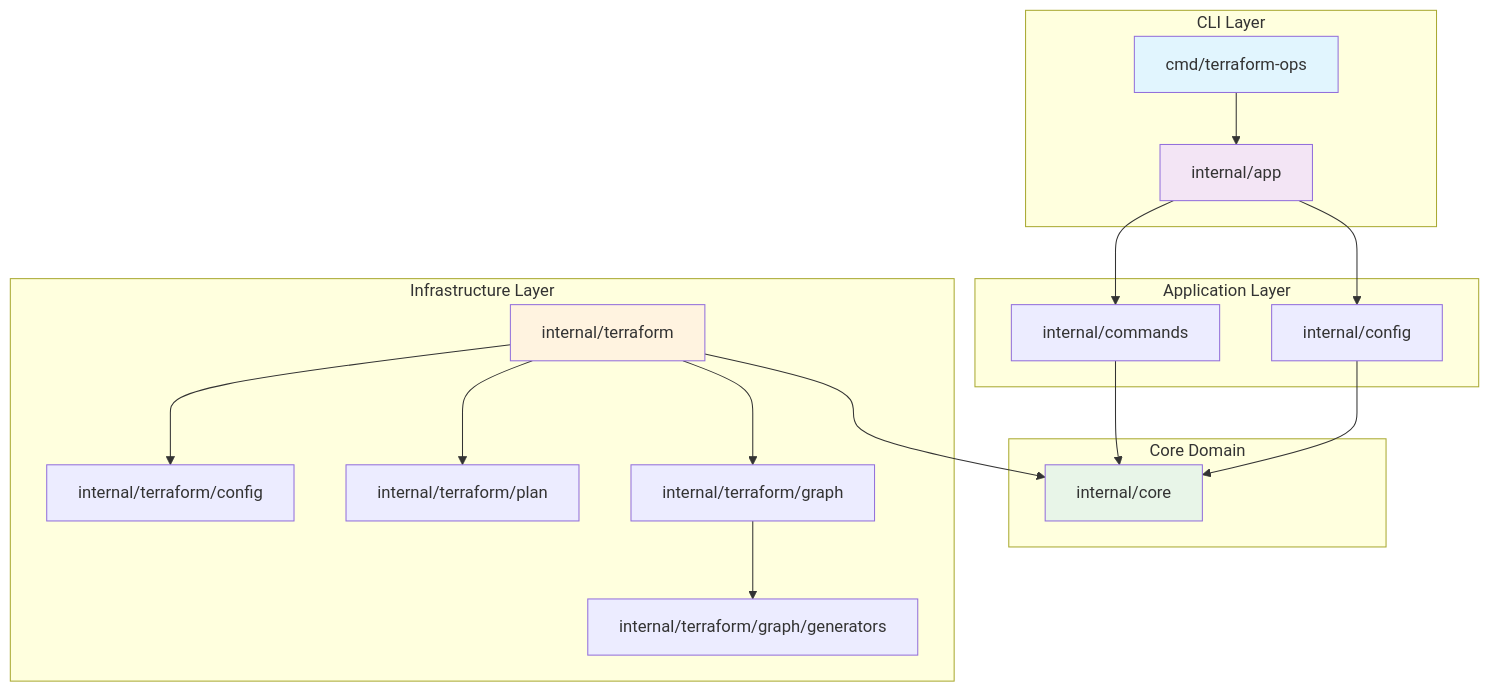
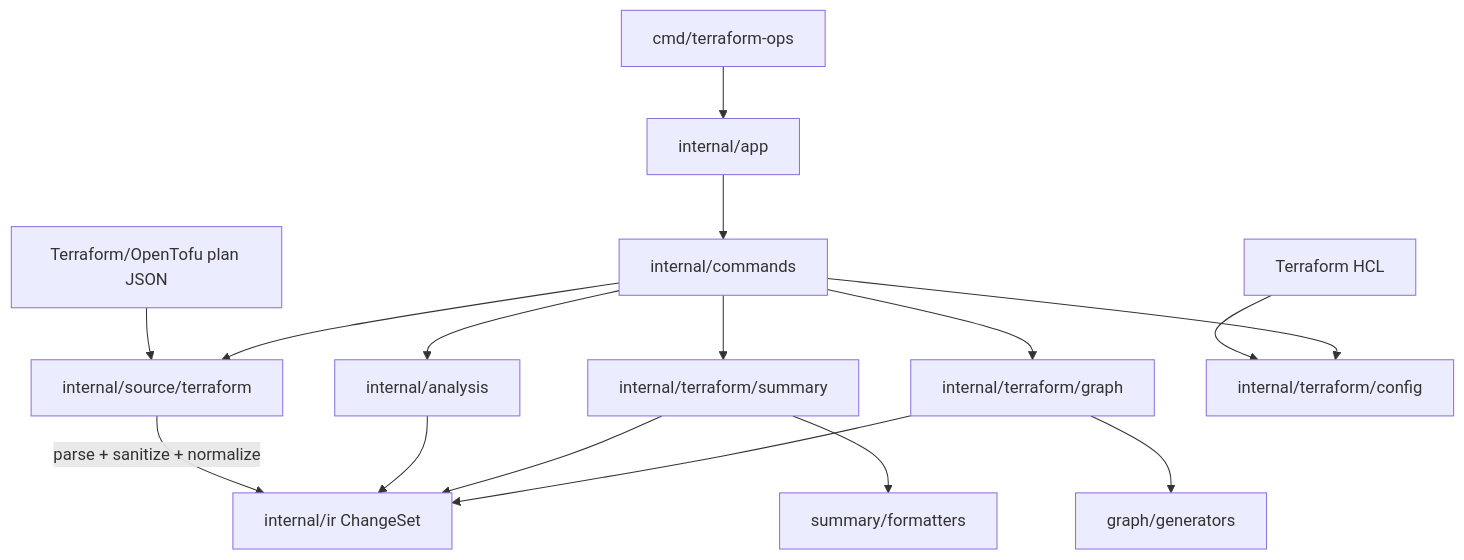
One commit to yu-iskw/terraform-ops changed the first of 6 diagrams in internal/README.md. Above: the diagram before and after it, drawn with Mermaid. The commit also changed other lines of this file and 23 other files, not shown here.

Commit message:
refactor: migrate summarize-plan and plan-graph to ChangeSet (#25)

````diff
--- a/internal/README.md
+++ b/internal/README.md
@@ -9,32 +13,23 @@
 ```mermaid
-graph TB
-    subgraph "CLI Layer"
-        A[cmd/terraform-ops] --> B[internal/app]
-    end
+flowchart TD
+    CLI[cmd/terraform-ops] --> APP[internal/app]
+    APP --> COMMANDS[internal/commands]
 
-    subgraph "Application Layer"
-        B --> C[internal/commands]
-        B --> D[internal/config]
-    end
+    PLAN[Terraform/OpenTofu plan JSON] --> SOURCE[internal/source/terraform]
+    SOURCE -->|parse + sanitize + normalize| IR[internal/ir ChangeSet]
 
-    subgraph "Core Domain"
-        E[internal/core]
-    end
+    COMMANDS --> SOURCE
+    COMMANDS --> ANALYSIS[internal/analysis]
+    COMMANDS --> SUMMARY[internal/terraform/summary]
+    COMMANDS --> GRAPH[internal/terraform/graph]
 
-    subgraph "Infrastructure Layer"
-        F[internal/terraform]
-        F --> G[internal/terraform/config]
-        F --> H[internal/terraform/plan]
-        F --> I[internal/terraform/graph]
-        I --> J[internal/terraform/graph/generators]
-    end
+    ANALYSIS --> IR
+    SUMMARY --> IR
+    GRAPH --> IR
 
-    C --> E
-    D --> E
-    F --> E
+    SUMMARY --> SFMT[summary/formatters]
+    GRAPH --> GFMT[graph/generators]
 
-    style A fill:#e1f5fe
-    style B fill:#f3e5f5
-    style E fill:#e8f5e8
-    style F fill:#fff3e0
+    HCL[Terraform HCL] --> CONFIG[internal/terraform/config]
+    COMMANDS --> CONFIG
 ```
````
